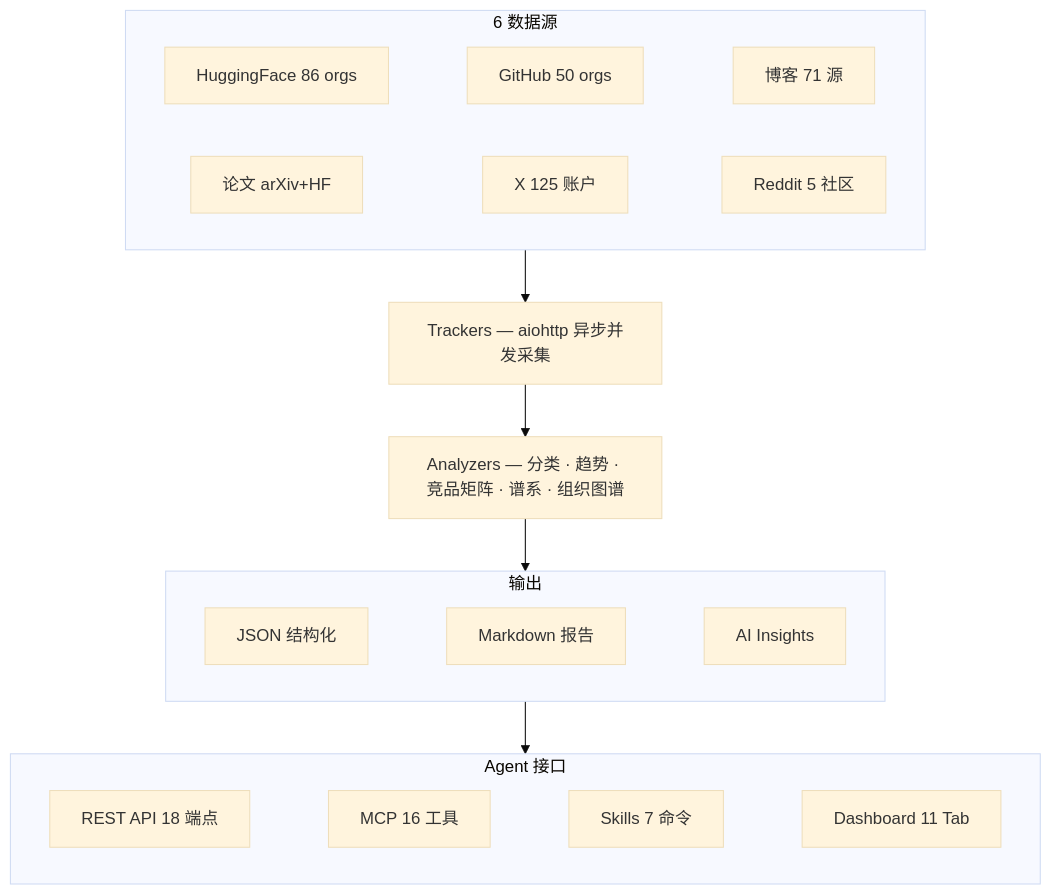
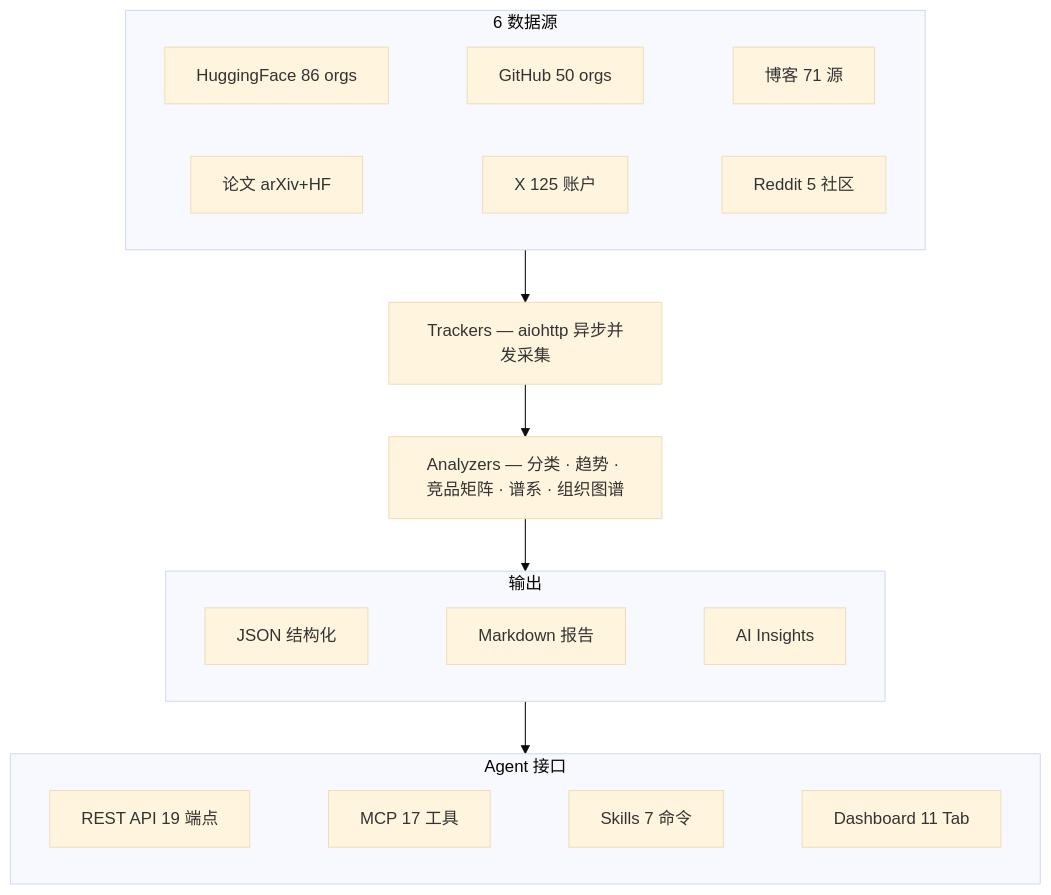
One commit to liuxiaotong/ai-dataset-radar changed the first of 2 diagrams in README.md. Above: the diagram before and after it, drawn with Mermaid (base theme). The commit also changed other lines of this file and 5 other files, not shown here.

````diff
--- a/README.md
+++ b/README.md
@@ -35,25 +36,25 @@
 ```mermaid
 flowchart TD
     subgraph S[" 6 数据源"]
         direction LR
         S1["HuggingFace 86 orgs"] ~~~ S2["GitHub 50 orgs"] ~~~ S3["博客 71 源"]
         S4["论文 arXiv+HF"] ~~~ S5["X 125 账户"] ~~~ S6["Reddit 5 社区"]
     end
 
     S --> T["Trackers — aiohttp 异步并发采集"]
     T --> A["Analyzers — 分类 · 趋势 · 竞品矩阵 · 谱系 · 组织图谱"]
 
     subgraph O[" 输出"]
         direction LR
         O1["JSON 结构化"] ~~~ O2["Markdown 报告"] ~~~ O3["AI Insights"]
     end
 
     A --> O
 
     subgraph I[" Agent 接口"]
         direction LR
-        I1["REST API 18 端点"] ~~~ I2["MCP 16 工具"] ~~~ I3["Skills 7 命令"] ~~~ I4["Dashboard 11 Tab"]
+        I1["REST API 19 端点"] ~~~ I2["MCP 17 工具"] ~~~ I3["Skills 7 命令"] ~~~ I4["Dashboard 11 Tab"]
     end
 
     O --> I
 ```
````
